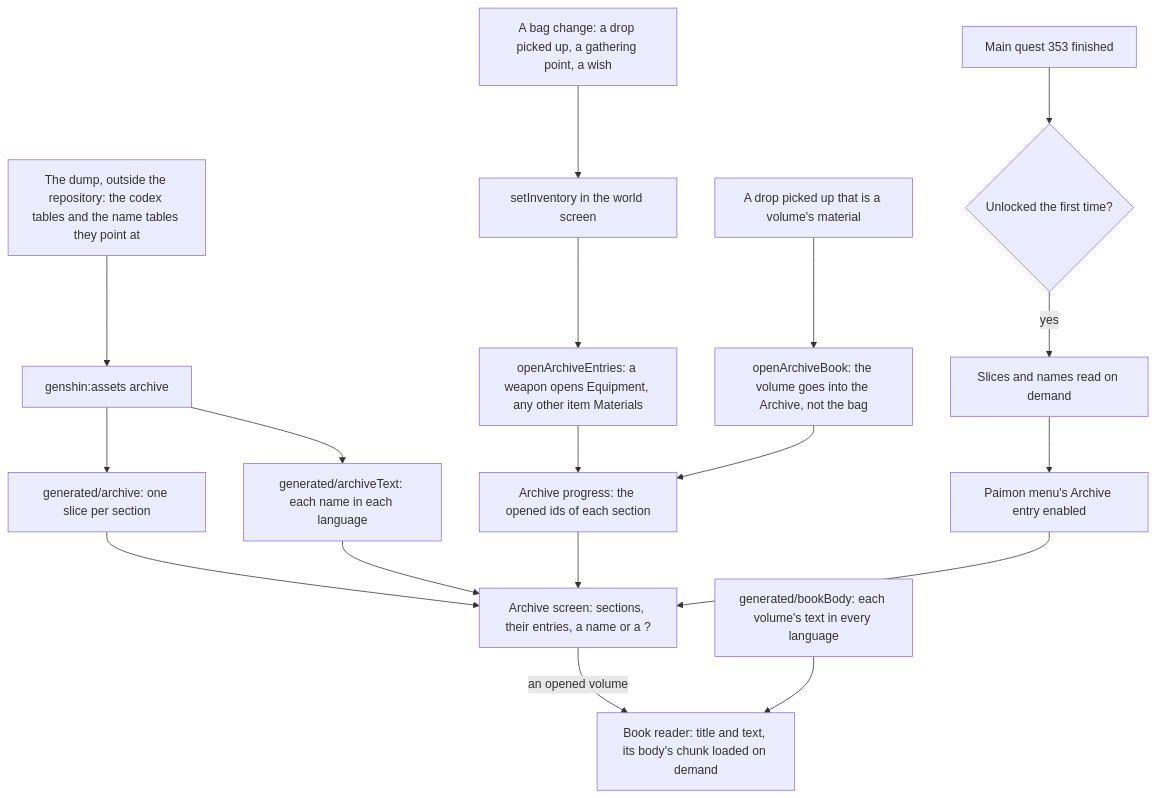
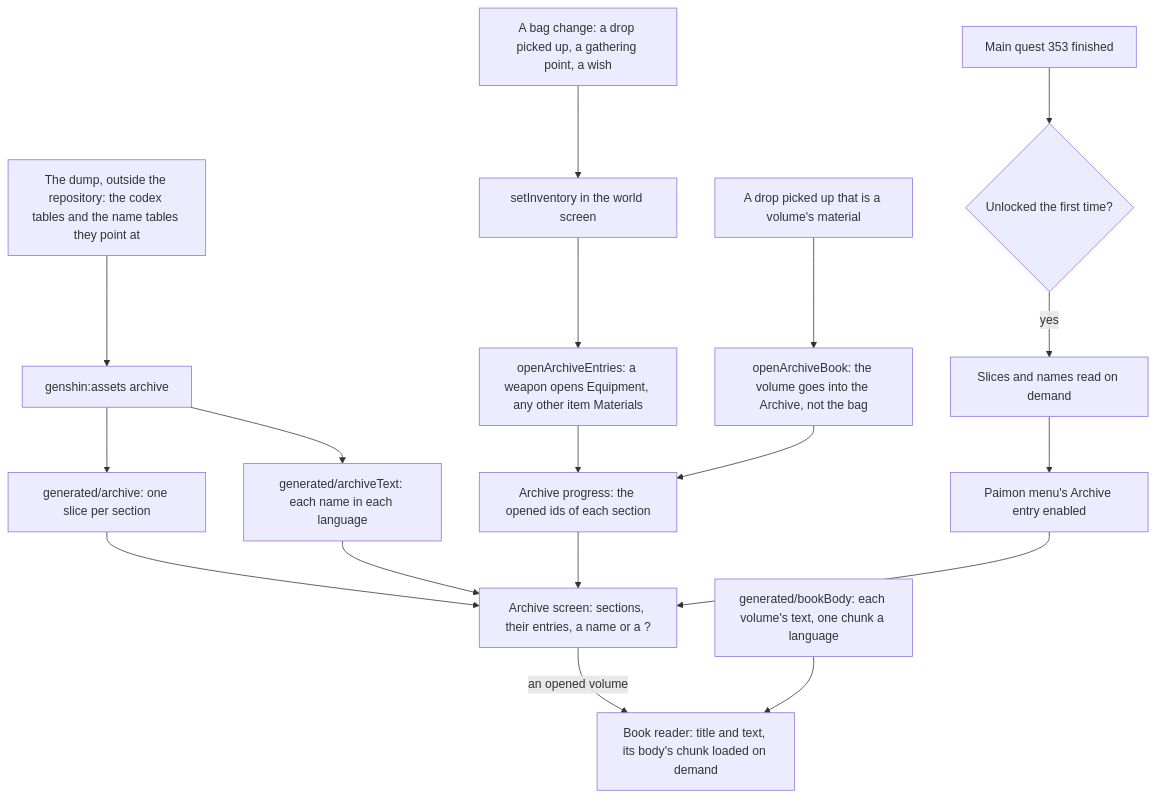
Before and after one commit to Esposter/Esposter: the diagram in apps/web/content/docs/genshin/archive.md, drawn with Mermaid. The commit also changed other lines of this file and 4 other files, not shown here.

First line of the commit message:
feat(genshin): the Archive reads a volume's body in the reader's language, the writer writes one chunk per volume and language

````diff
--- a/apps/web/content/docs/genshin/archive.md
+++ b/apps/web/content/docs/genshin/archive.md
@@ -12,20 +12,20 @@
 ```mermaid
 flowchart TD
   DUMP["The dump, outside the repository: the codex tables and the name tables they point at"] --> WRITE["genshin:assets archive"]
   WRITE --> SLICES["generated/archive: one slice per section"]
   WRITE --> WORDS["generated/archiveText: each name in each language"]
   BAG["A bag change: a drop picked up, a gathering point, a wish"] --> SET["setInventory in the world screen"]
   SET --> OPEN["openArchiveEntries: a weapon opens Equipment, any other item Materials"]
   PICK["A drop picked up that is a volume's material"] --> BOOK["openArchiveBook: the volume goes into the Archive, not the bag"]
   OPEN --> PROGRESS["Archive progress: the opened ids of each section"]
   BOOK --> PROGRESS
   SLICES --> SCREEN["Archive screen: sections, their entries, a name or a ?"]
   WORDS --> SCREEN
   PROGRESS --> SCREEN
   SCREEN -->|"an opened volume"| READER["Book reader: title and text, its body's chunk loaded on demand"]
-  BODIES["generated/bookBody: each volume's text in every language"] --> READER
+  BODIES["generated/bookBody: each volume's text, one chunk a language"] --> READER
   DONE["Main quest 353 finished"] --> UNLOCK{"Unlocked the first time?"}
   UNLOCK -->|"yes"| LOAD["Slices and names read on demand"]
   LOAD --> MENU["Paimon menu's Archive entry enabled"]
   MENU --> SCREEN
 ```
````
